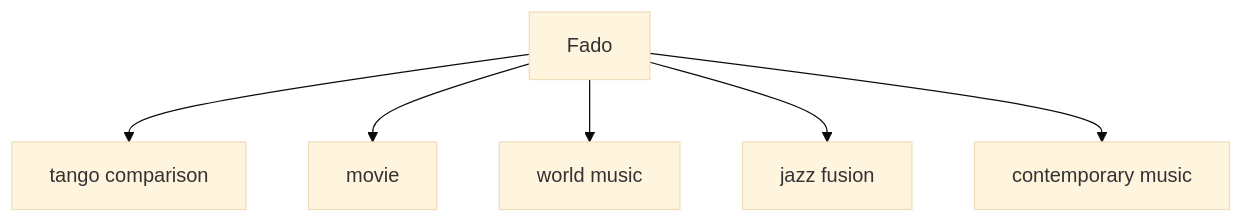
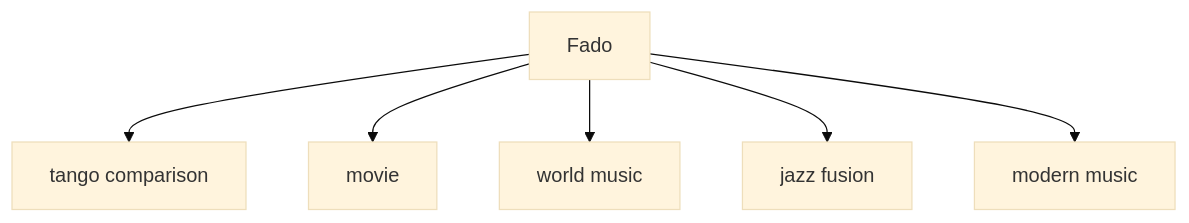
One commit to monumental-movement/monumental-movement.github.io changed the tenth of 12 diagrams in en/_posts/2026-05-16-column-fado.md. Above: the diagram before and after it, drawn with Mermaid (base theme). The commit also changed other lines of this file and 1012 other files, not shown here.

```diff
--- a/en/_posts/2026-05-16-column-fado.md
+++ b/en/_posts/2026-05-16-column-fado.md
@@ -509,8 +508,8 @@
 <div class="mermaid">
 flowchart TD
 A[Fado] --> B[tango comparison]
 A --> C[movie]
 A --> D[world music]
 A --> E[jazz fusion]
-A --> F[contemporary music]
+A --> F[modern music]
 </div>
```
